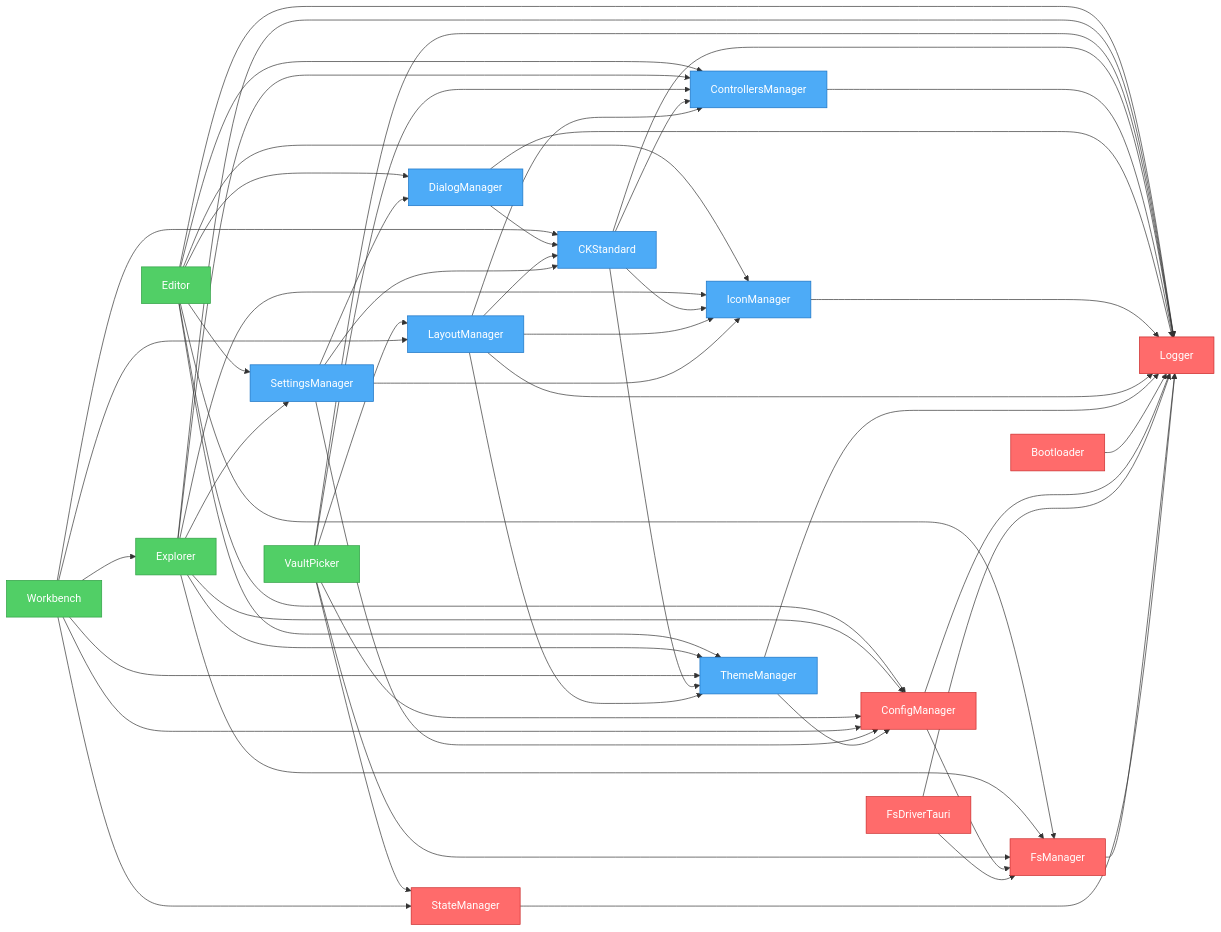
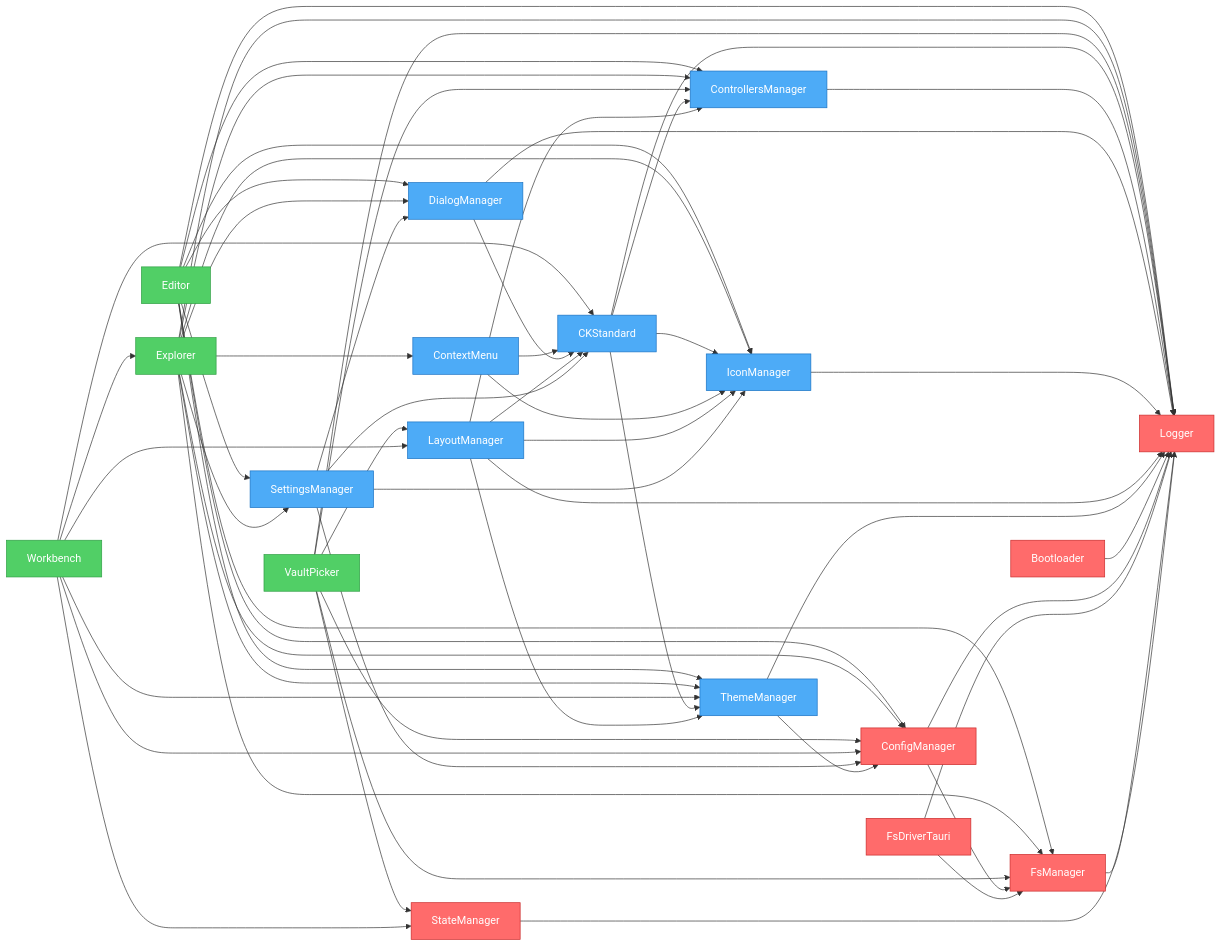
The diagram in artifacts/graph.mmd (khton-tech/notehub.md), drawn with Mermaid before and after one commit. The commit also changed 24 other files, not shown here.

Commit message:
feat: Implement new explorer, context menu, and file system plugins, alongside Tauri capabilities and dependency graph.

```diff
--- a/artifacts/graph.mmd
+++ b/artifacts/graph.mmd
@@ -1,80 +1,85 @@
 flowchart LR
     nh_features_editor["Editor"]
     nh_features_explorer["Explorer"]
     nh_features_vault-picker["VaultPicker"]
     nh_features_workbench["Workbench"]
     nh_ui_ck-standard["CKStandard"]
+    nh_ui_context-menu["ContextMenu"]
     nh_ui_controllers-manager["ControllersManager"]
     nh_ui_dialog-manager["DialogManager"]
     nh_ui_icon-manager["IconManager"]
     nh_ui_layout-manager["LayoutManager"]
     nh_ui_settings-manager["SettingsManager"]
     nh_ui_theme-manager["ThemeManager"]
     nh_system_bootloader["Bootloader"]
     nh_system_config-manager["ConfigManager"]
     nh_system_fs-driver-tauri["FsDriverTauri"]
     nh_system_fs-manager["FsManager"]
     nh_system_logger["Logger"]
     nh_system_state-manager["StateManager"]
     nh_features_editor --> nh_system_config-manager
     nh_features_editor --> nh_ui_settings-manager
     nh_features_editor --> nh_system_fs-manager
     nh_features_editor --> nh_system_logger
     nh_features_editor --> nh_ui_controllers-manager
     nh_features_editor --> nh_ui_dialog-manager
     nh_features_editor --> nh_ui_icon-manager
     nh_features_editor --> nh_ui_theme-manager
     nh_features_explorer --> nh_system_config-manager
     nh_features_explorer --> nh_ui_settings-manager
     nh_features_explorer --> nh_system_fs-manager
     nh_features_explorer --> nh_system_logger
     nh_features_explorer --> nh_ui_controllers-manager
     nh_features_explorer --> nh_ui_icon-manager
     nh_features_explorer --> nh_ui_theme-manager
+    nh_features_explorer --> nh_ui_context-menu
+    nh_features_explorer --> nh_ui_dialog-manager
     nh_features_vault-picker --> nh_system_fs-manager
     nh_features_vault-picker --> nh_system_config-manager
     nh_features_vault-picker --> nh_system_state-manager
     nh_features_vault-picker --> nh_system_logger
     nh_features_vault-picker --> nh_ui_controllers-manager
     nh_features_vault-picker --> nh_ui_layout-manager
     nh_features_workbench --> nh_system_config-manager
     nh_features_workbench --> nh_ui_layout-manager
     nh_features_workbench --> nh_ui_theme-manager
     nh_features_workbench --> nh_ui_ck-standard
     nh_features_workbench --> nh_system_state-manager
     nh_features_workbench --> nh_features_explorer
     nh_ui_ck-standard --> nh_system_logger
     nh_ui_ck-standard --> nh_ui_controllers-manager
     nh_ui_ck-standard --> nh_ui_icon-manager
     nh_ui_ck-standard --> nh_ui_theme-manager
+    nh_ui_context-menu --> nh_ui_icon-manager
+    nh_ui_context-menu --> nh_ui_ck-standard
     nh_ui_controllers-manager --> nh_system_logger
     nh_ui_dialog-manager --> nh_system_logger
     nh_ui_dialog-manager --> nh_ui_ck-standard
     nh_ui_icon-manager --> nh_system_logger
     nh_ui_layout-manager --> nh_system_logger
     nh_ui_layout-manager --> nh_ui_theme-manager
     nh_ui_layout-manager --> nh_ui_icon-manager
     nh_ui_layout-manager --> nh_ui_controllers-manager
     nh_ui_layout-manager --> nh_ui_ck-standard
     nh_ui_settings-manager --> nh_system_config-manager
     nh_ui_settings-manager --> nh_ui_ck-standard
     nh_ui_settings-manager --> nh_ui_icon-manager
     nh_ui_settings-manager --> nh_ui_dialog-manager
     nh_ui_theme-manager --> nh_system_logger
     nh_ui_theme-manager --> nh_system_config-manager
     nh_system_bootloader --> nh_system_logger
     nh_system_config-manager --> nh_system_logger
     nh_system_config-manager --> nh_system_fs-manager
     nh_system_fs-driver-tauri --> nh_system_logger
     nh_system_fs-driver-tauri --> nh_system_fs-manager
     nh_system_fs-manager --> nh_system_logger
     nh_system_state-manager --> nh_system_logger
 
     %% Styles
     classDef system fill:#ff6b6b,stroke:#c92a2a,color:#fff
     classDef ui fill:#4dabf7,stroke:#1971c2,color:#fff
     classDef feature fill:#51cf66,stroke:#2f9e44,color:#fff
     class nh_features_editor,nh_features_explorer,nh_features_workbench feature
     class nh_features_vault-picker feature
-    class nh_ui_ck-standard,nh_ui_controllers-manager,nh_ui_dialog-manager,nh_ui_icon-manager,nh_ui_layout-manager,nh_ui_settings-manager,nh_ui_theme-manager ui
+    class nh_ui_ck-standard,nh_ui_context-menu,nh_ui_controllers-manager,nh_ui_dialog-manager,nh_ui_icon-manager,nh_ui_layout-manager,nh_ui_settings-manager,nh_ui_theme-manager ui
     class nh_system_bootloader,nh_system_config-manager,nh_system_fs-driver-tauri,nh_system_fs-manager,nh_system_logger,nh_system_state-manager system
```
